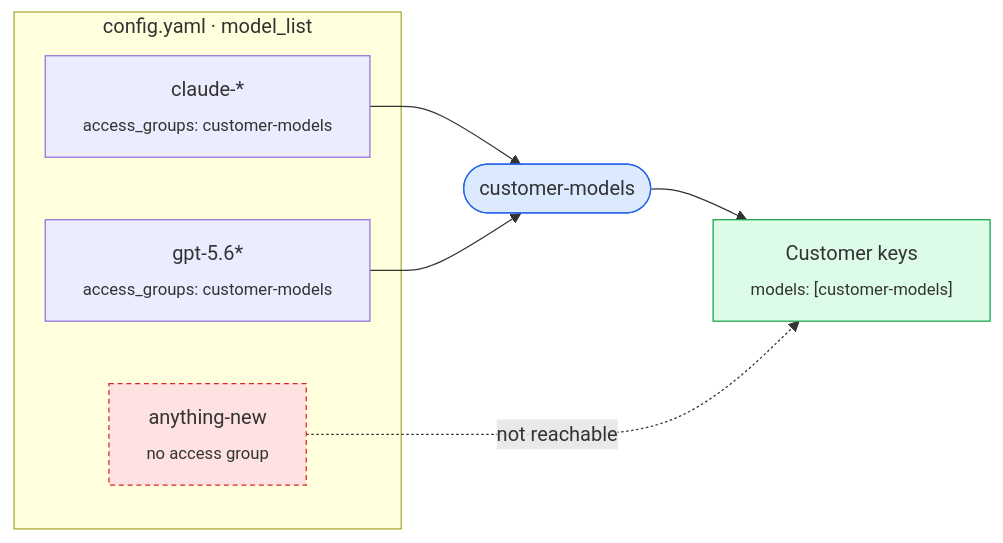
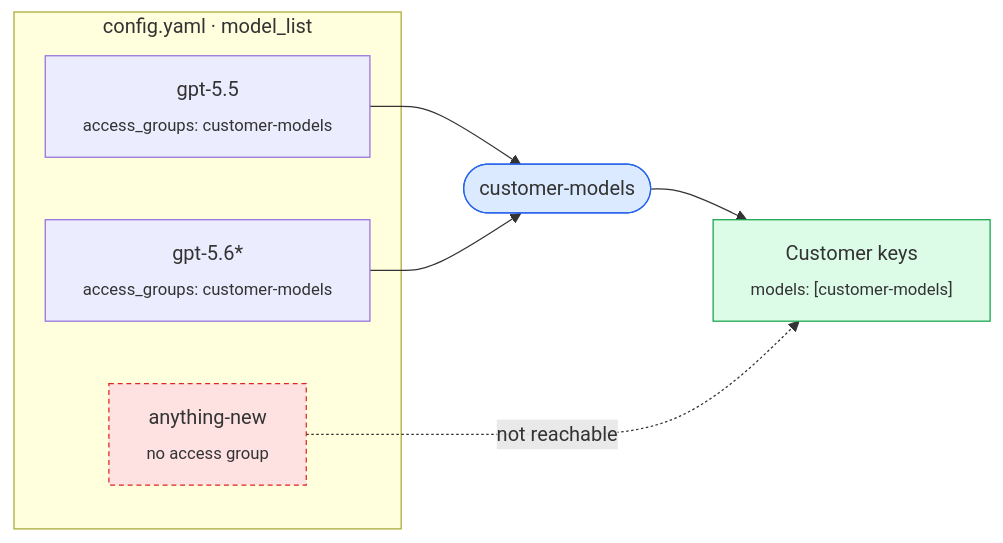
One commit to mahipalparegi/LiteLLMProxy changed the third of 12 diagrams in README.md. Above: the diagram before and after it, drawn with Mermaid. The commit also changed other lines of this file and 14 other files, not shown here.

````diff
--- a/README.md
+++ b/README.md
@@ -147,19 +141,19 @@
 ```mermaid
 flowchart LR
     subgraph cfg["config.yaml · model_list"]
-        M1["claude-*<br/><sub>access_groups: customer-models</sub>"]
+        M1["gpt-5.5<br/><sub>access_groups: customer-models</sub>"]
         M2["gpt-5.6*<br/><sub>access_groups: customer-models</sub>"]
         M3["anything-new<br/><sub>no access group</sub>"]
     end
     G(["customer-models"])
     K["Customer keys<br/><sub>models: [customer-models]</sub>"]
 
     M1 --> G
     M2 --> G
     G --> K
     M3 -.->|"not reachable"| K
 
     style M3 fill:#fee2e2,stroke:#dc2626,stroke-dasharray: 4 3
     style G fill:#dbeafe,stroke:#2563eb
     style K fill:#dcfce7,stroke:#16a34a
 ```
````
